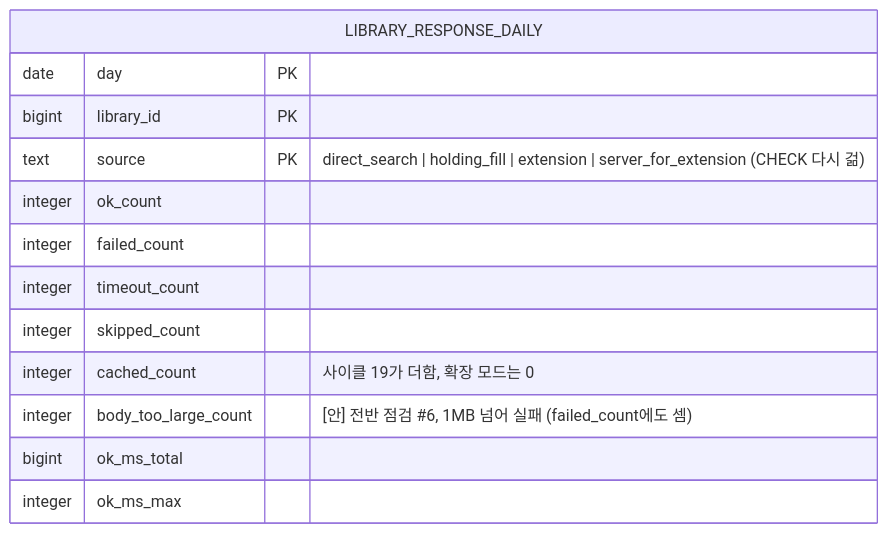
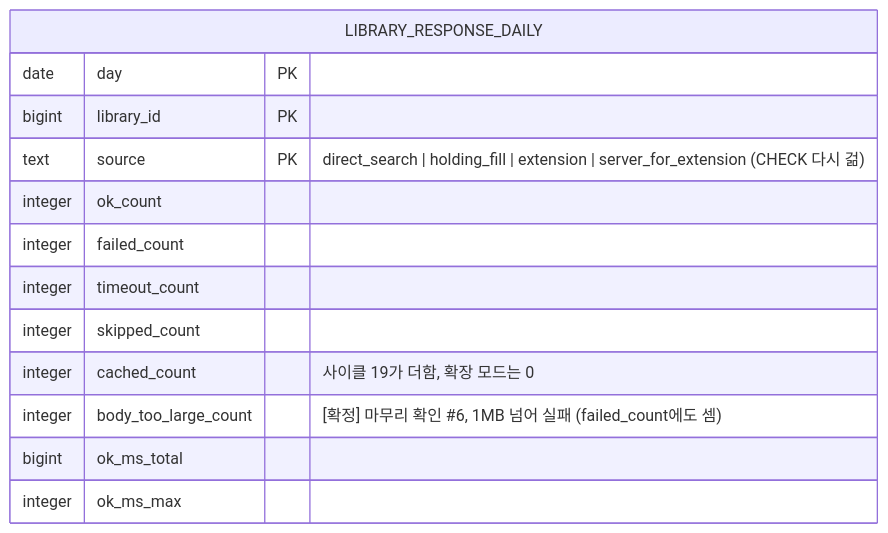
One commit to hodu-sketch/chaekcheck-plan changed the sixth of 6 diagrams in docs/cycles/20-lookup-status-and-extension/design-delta.md. Above: the diagram before and after it, drawn with Mermaid. The commit also changed other lines of this file and 9 other files, not shown here.

````diff
--- a/docs/cycles/20-lookup-status-and-extension/design-delta.md
+++ b/docs/cycles/20-lookup-status-and-extension/design-delta.md
@@ -262,16 +262,16 @@
 ```mermaid
 erDiagram
   LIBRARY_RESPONSE_DAILY {
     date day PK
     bigint library_id PK
     text source PK "direct_search | holding_fill | extension | server_for_extension (CHECK 다시 걺)"
     integer ok_count
     integer failed_count
     integer timeout_count
     integer skipped_count
     integer cached_count "사이클 19가 더함, 확장 모드는 0"
-    integer body_too_large_count "[안] 전반 점검 #6, 1MB 넘어 실패 (failed_count에도 셈)"
+    integer body_too_large_count "[확정] 마무리 확인 #6, 1MB 넘어 실패 (failed_count에도 셈)"
     bigint ok_ms_total
     integer ok_ms_max
   }
 ```
````
